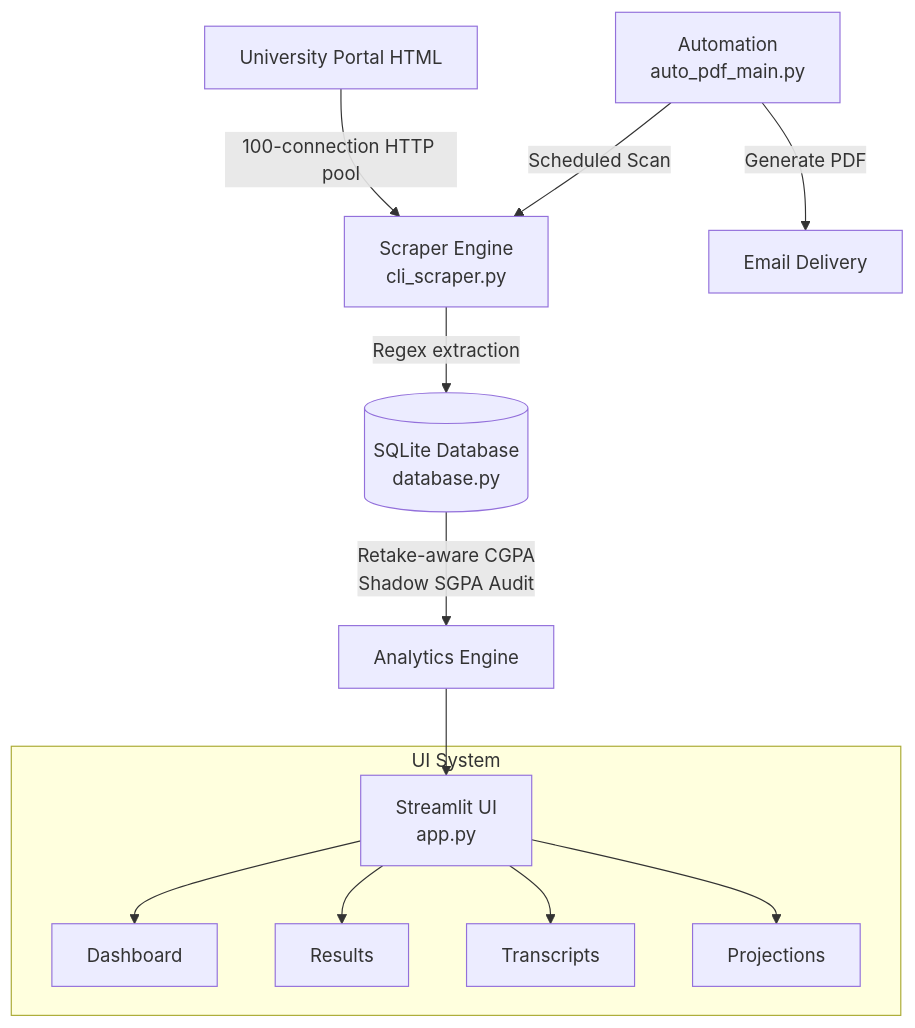
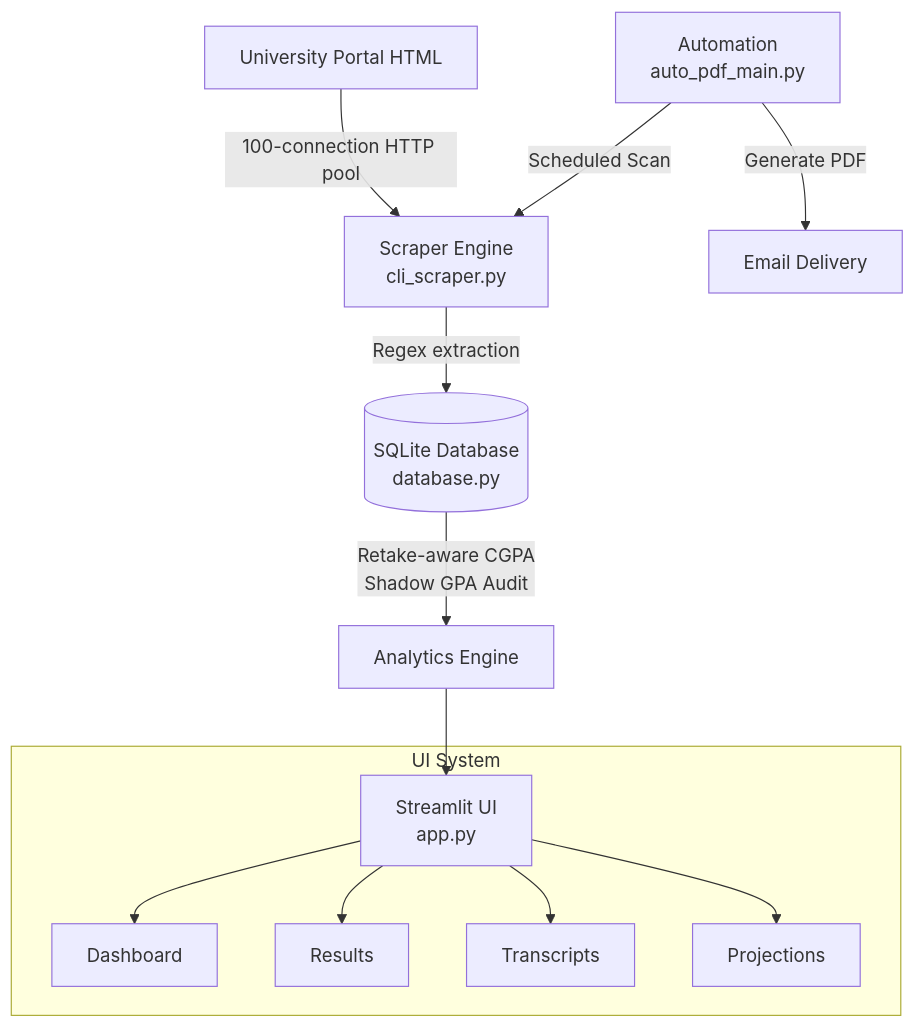
The diagram in README.md (fahimfaisal570/Result-finder), drawn with Mermaid before and after one commit. The commit also changed other lines of this file and 5 other files, not shown here.

Commit message:
refactor: overhaul GPA Projection UI and replace SGPA with GPA globally

````diff
--- a/README.md
+++ b/README.md
@@ -48,17 +48,17 @@
 ```mermaid
 flowchart TD
     Portal[University Portal HTML] --> |100-connection HTTP pool| Scraper[Scraper Engine\ncli_scraper.py]
     Scraper --> |Regex extraction| DB[(SQLite Database\ndatabase.py)]
-    DB --> |Retake-aware CGPA\nShadow SGPA Audit| Analytics[Analytics Engine]
+    DB --> |Retake-aware CGPA\nShadow GPA Audit| Analytics[Analytics Engine]
     Analytics --> UI[Streamlit UI\napp.py]
     
     subgraph UI System
         UI --> Dashboard
         UI --> Results
         UI --> Transcripts
         UI --> Projections
     end
     
     Automator[Automation\nauto_pdf_main.py] --> |Scheduled Scan| Scraper
     Automator --> |Generate PDF| SMTP[Email Delivery]
 ```
````
